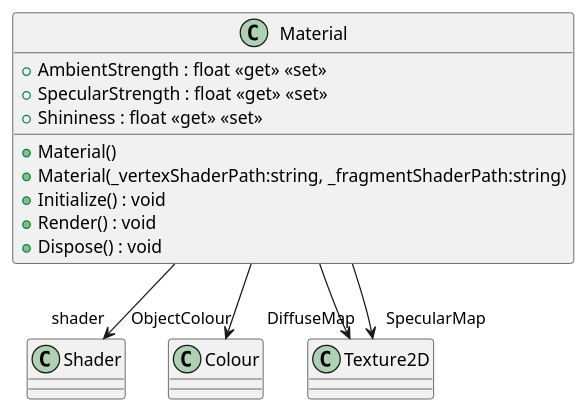
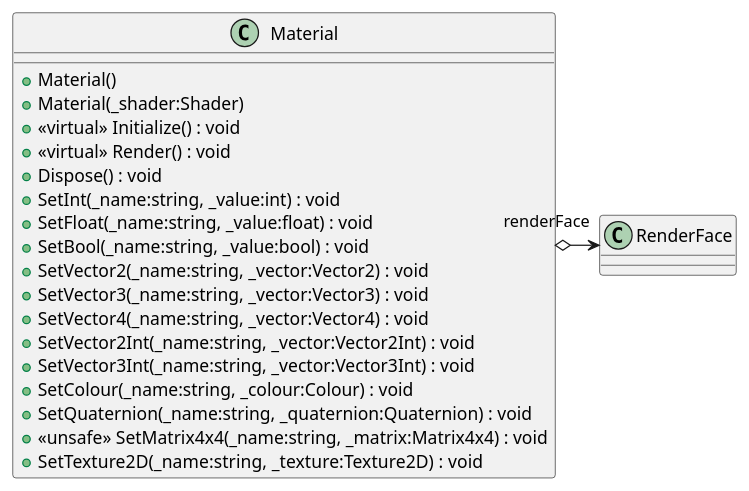
Before and after one commit to Zaephus/GraphicsProgramming: the diagram in UML/Core/Graphics/Material.puml, drawn with PlantUML. The commit also changed 44 other files, not shown here.

Commit message:
Generate UML (Generate UML)

```diff
--- a/UML/Core/Graphics/Material.puml
+++ b/UML/Core/Graphics/Material.puml
@@ -1,16 +1,22 @@
 @startuml
 class Material {
     + Material()
-    + Material(_vertexShaderPath:string, _fragmentShaderPath:string)
-    + Initialize() : void
-    + Render() : void
+    + Material(_shader:Shader)
+    + <<virtual>> Initialize() : void
+    + <<virtual>> Render() : void
     + Dispose() : void
-    + AmbientStrength : float <<get>> <<set>>
-    + SpecularStrength : float <<get>> <<set>>
-    + Shininess : float <<get>> <<set>>
+    + SetInt(_name:string, _value:int) : void
+    + SetFloat(_name:string, _value:float) : void
+    + SetBool(_name:string, _value:bool) : void
+    + SetVector2(_name:string, _vector:Vector2) : void
+    + SetVector3(_name:string, _vector:Vector3) : void
+    + SetVector4(_name:string, _vector:Vector4) : void
+    + SetVector2Int(_name:string, _vector:Vector2Int) : void
+    + SetVector3Int(_name:string, _vector:Vector3Int) : void
+    + SetColour(_name:string, _colour:Colour) : void
+    + SetQuaternion(_name:string, _quaternion:Quaternion) : void
+    + <<unsafe>> SetMatrix4x4(_name:string, _matrix:Matrix4x4) : void
+    + SetTexture2D(_name:string, _texture:Texture2D) : void
 }
-Material --> "shader" Shader
-Material --> "ObjectColour" Colour
-Material --> "DiffuseMap" Texture2D
-Material --> "SpecularMap" Texture2D
+Material o-> "renderFace" RenderFace
 @enduml
```
